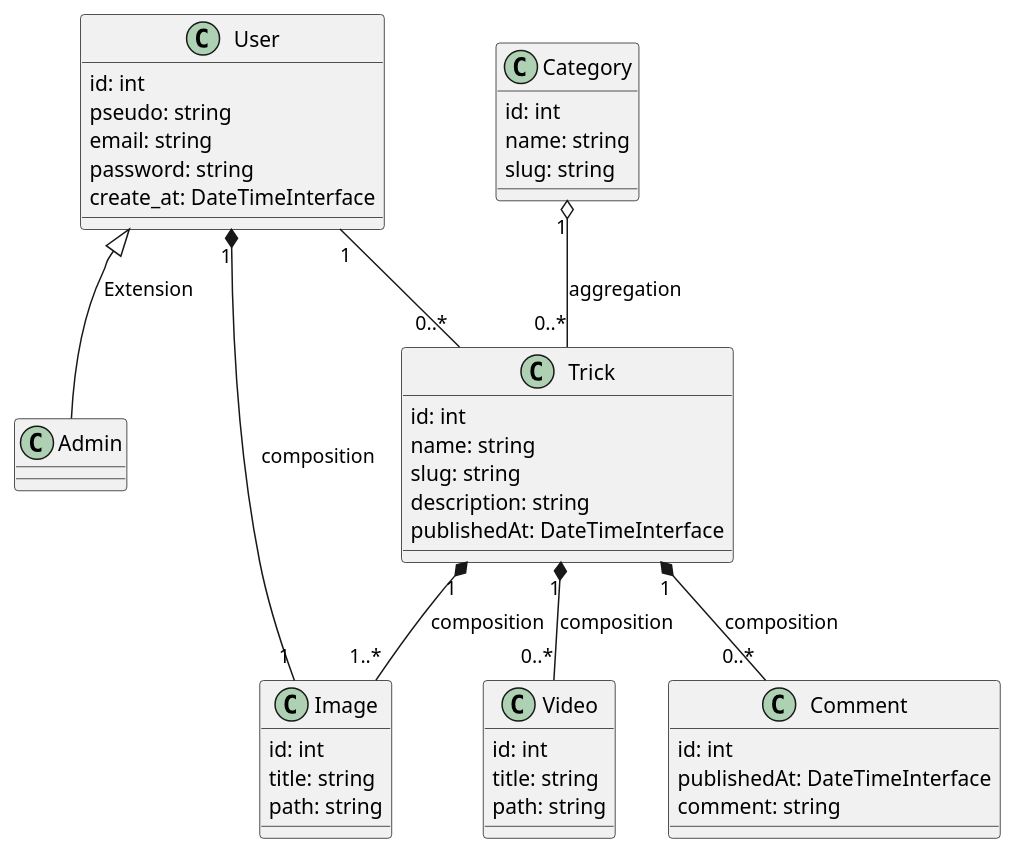
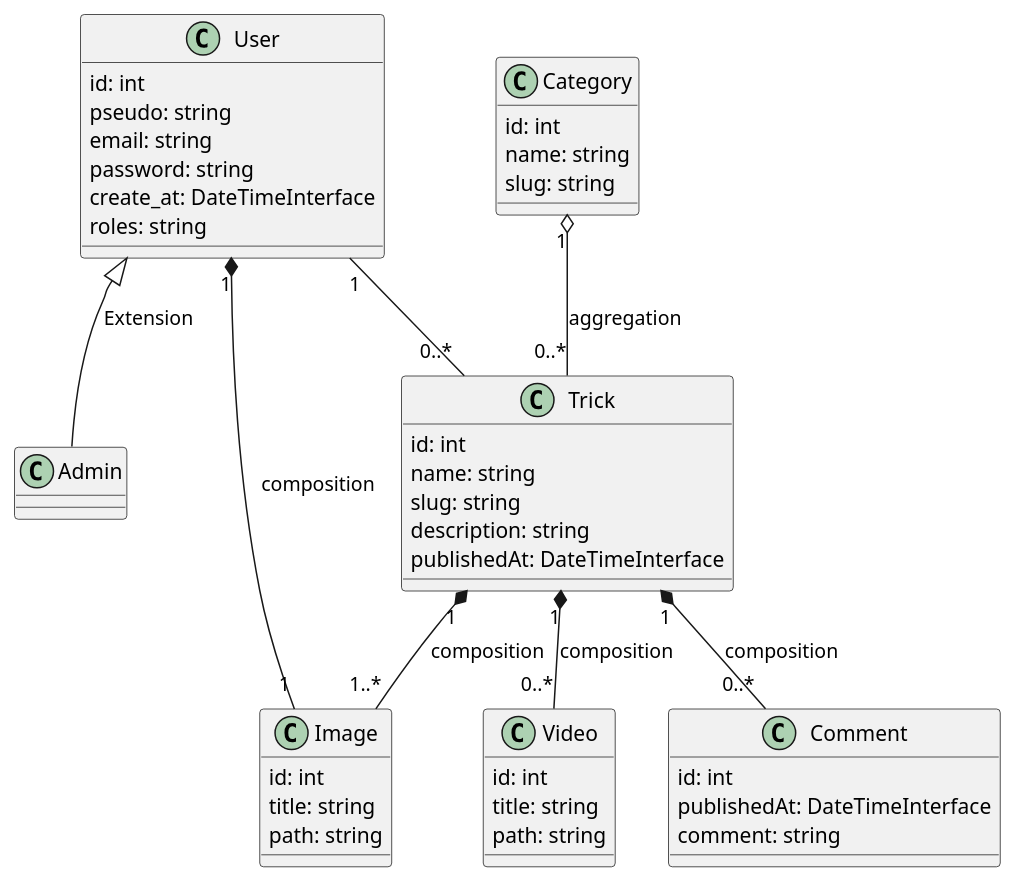
One commit to sjaulin/snowtricks changed the diagram in uml/classes.puml. Above: the diagram before and after it, drawn with PlantUML. The commit also changed 11 other files, not shown here.

```diff
--- a/uml/classes.puml
+++ b/uml/classes.puml
@@ -1,53 +1,54 @@
 @startuml Classes
         class User {
             {field} id: int
             {field} pseudo: string
             {field} email: string
             {field} password: string
             {field} create_at: DateTimeInterface
+            {field} roles: string
         }
 
         class Admin 
 
         class Category {
             {field} id: int
             {field} name: string
             {field} slug: string
         }
         
         class Trick {
             {field} id: int
             {field} name: string
             {field} slug: string
             {field} description: string
             {field} publishedAt: DateTimeInterface
         }
 
         class Image {
             {field} id: int
             {field} title: string
             {field} path: string
         }
 
         class Video {
             {field} id: int
             {field} title: string
             {field} path: string
         }
 
         class Comment {
             {field} id: int
             {field} publishedAt: DateTimeInterface
             {field} comment: string
         }
 
         User <|-- Admin : Extension
 
         User "1" *-- "1" Image : composition
         User "1" -- "0..*" Trick
 
         Category "1" o-- "0..*" Trick : aggregation
         Trick "1" *-- "1..*" Image : composition
         Trick "1" *-- "0..*" Video : composition
         Trick "1" *-- "0..*" Comment : composition
 @enduml
```
